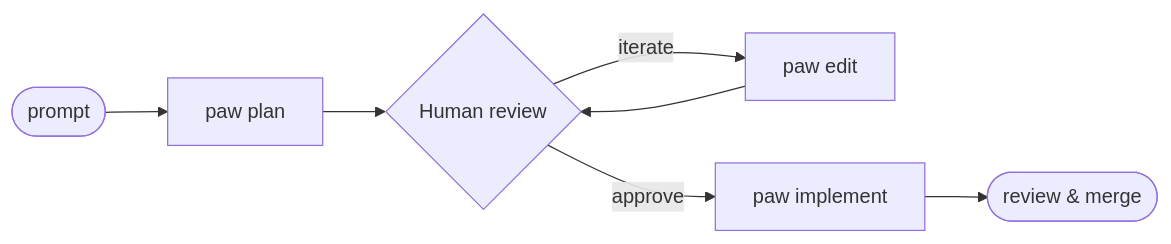
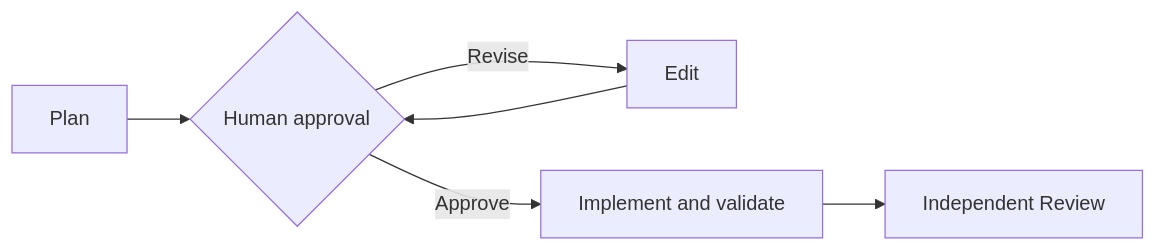
Before and after one commit to levi-blodgett/personal-agentic-workflow: the diagram in README.md, drawn with Mermaid. The commit also changed other lines of this file and 17 other files, not shown here.

````diff
--- a/README.md
+++ b/README.md
@@ -16,9 +7,8 @@
 ```mermaid
 flowchart LR
-    A([prompt]) --> B[paw plan]
-    B --> C{Human review}
-    C -->|iterate| D[paw edit]
-    D --> C
-    C -->|approve| E[paw implement]
-    E --> F([review & merge])
+    P[Plan] --> H{Human approval}
+    H -->|Revise| E[Edit]
+    E --> H
+    H -->|Approve| I[Implement and validate]
+    I --> R[Independent Review]
 ```
````
